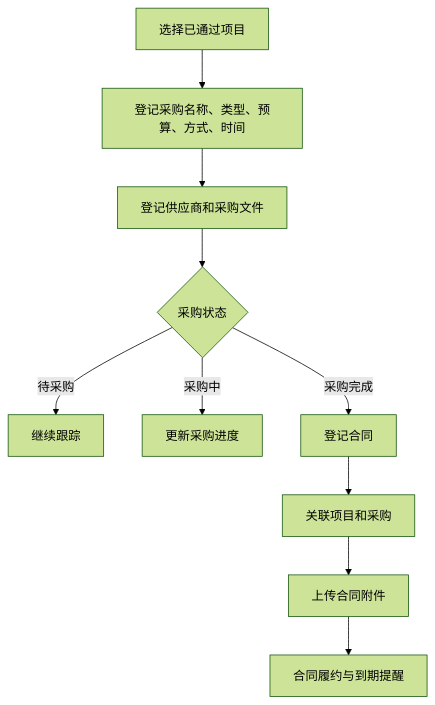
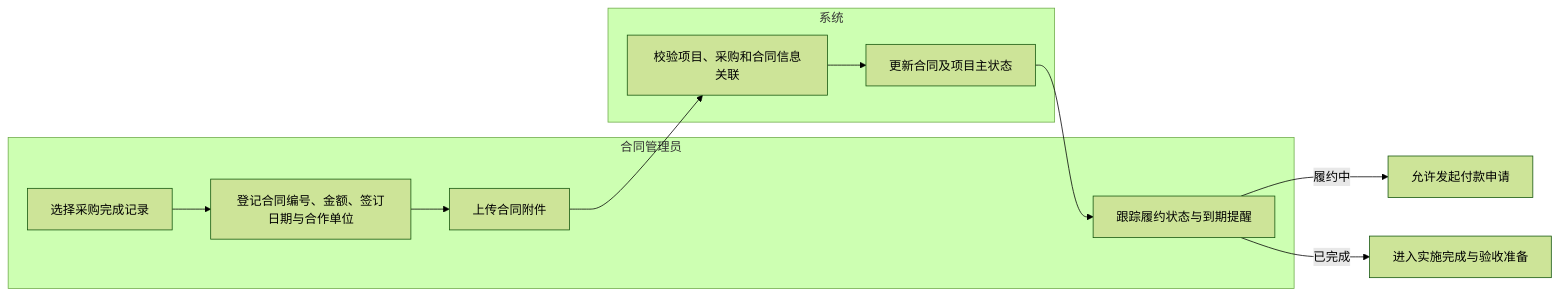
Before and after one commit to Jess-0411/github.io: the fourth of 10 diagrams in 业务流程与架构图.md, drawn with Mermaid (forest theme). The commit also changed other lines of this file and 7 other files, not shown here.

````diff
--- a/业务流程与架构图.md
+++ b/业务流程与架构图.md
@@ -37,12 +100,15 @@
 ```mermaid
-flowchart TD
-  A["选择已通过项目"] --> B["登记采购名称、类型、预算、方式、时间"]
-  B --> C["登记供应商和采购文件"]
-  C --> D{"采购状态"}
-  D -->|待采购| E["继续跟踪"]
-  D -->|采购中| F["更新采购进度"]
-  D -->|采购完成| G["登记合同"]
-  G --> H["关联项目和采购"]
-  H --> I["上传合同附件"]
-  I --> J["合同履约与到期提醒"]
+flowchart LR
+  subgraph A["合同管理员"]
+    A1["选择采购完成记录"] --> A2["登记合同编号、金额、签订日期与合作单位"]
+    A2 --> A3["上传合同附件"]
+    A4["跟踪履约状态与到期提醒"]
+  end
+  subgraph B["系统"]
+    B1["校验项目、采购和合同信息关联"]
+    B2["更新合同及项目主状态"]
+  end
+  A3 --> B1 --> B2 --> A4
+  A4 -->|履约中| C["允许发起付款申请"]
+  A4 -->|已完成| D["进入实施完成与验收准备"]
 ```
````
